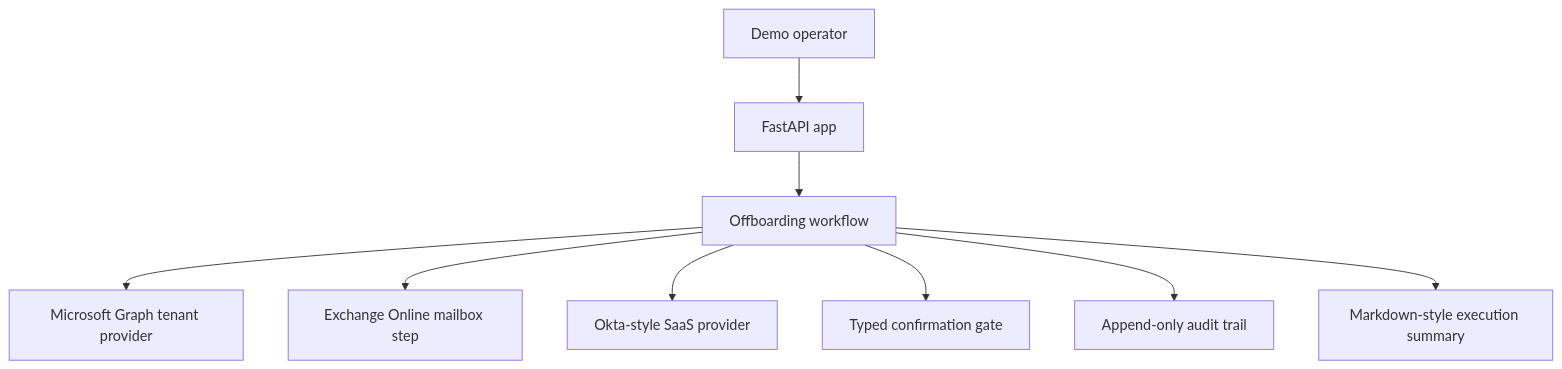
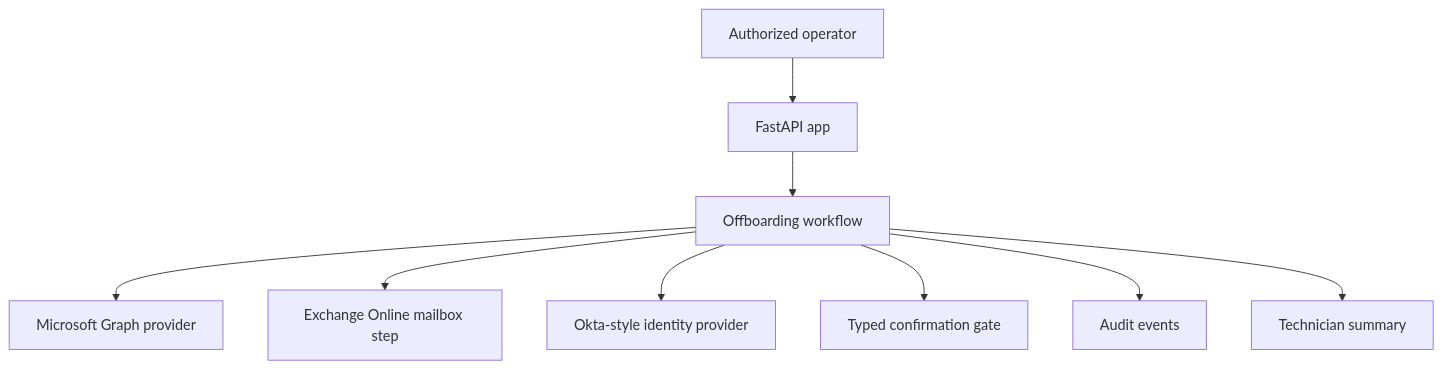
The diagram in README.md (4sightops/cross-tenant-offboarding), drawn with Mermaid before and after one commit. The commit also changed other lines of this file and 9 other files, not shown here.

````diff
--- a/README.md
+++ b/README.md
@@ -9,11 +32,11 @@
 ```mermaid
 flowchart TD
-    Operator["Demo operator"] --> API["FastAPI app"]
+    Operator["Authorized operator"] --> API["FastAPI app"]
     API --> Workflow["Offboarding workflow"]
-    Workflow --> ProviderA["Microsoft Graph tenant provider"]
-    Workflow --> ProviderB["Exchange Online mailbox step"]
-    Workflow --> ProviderC["Okta-style SaaS provider"]
+    Workflow --> Graph["Microsoft Graph provider"]
+    Workflow --> EXO["Exchange Online mailbox step"]
+    Workflow --> Okta["Okta-style identity provider"]
     Workflow --> Gate["Typed confirmation gate"]
-    Workflow --> Audit["Append-only audit trail"]
-    Workflow --> Report["Markdown-style execution summary"]
+    Workflow --> Audit["Audit events"]
+    Workflow --> Summary["Technician summary"]
 ```
````
